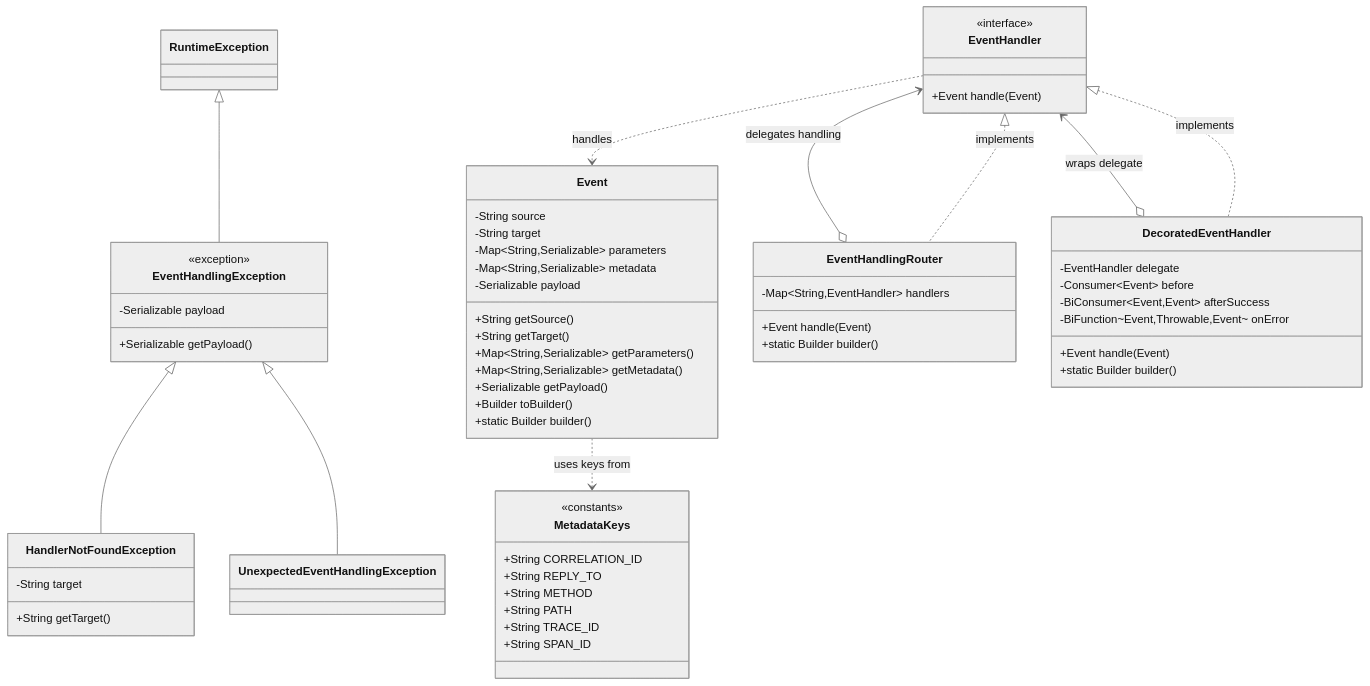
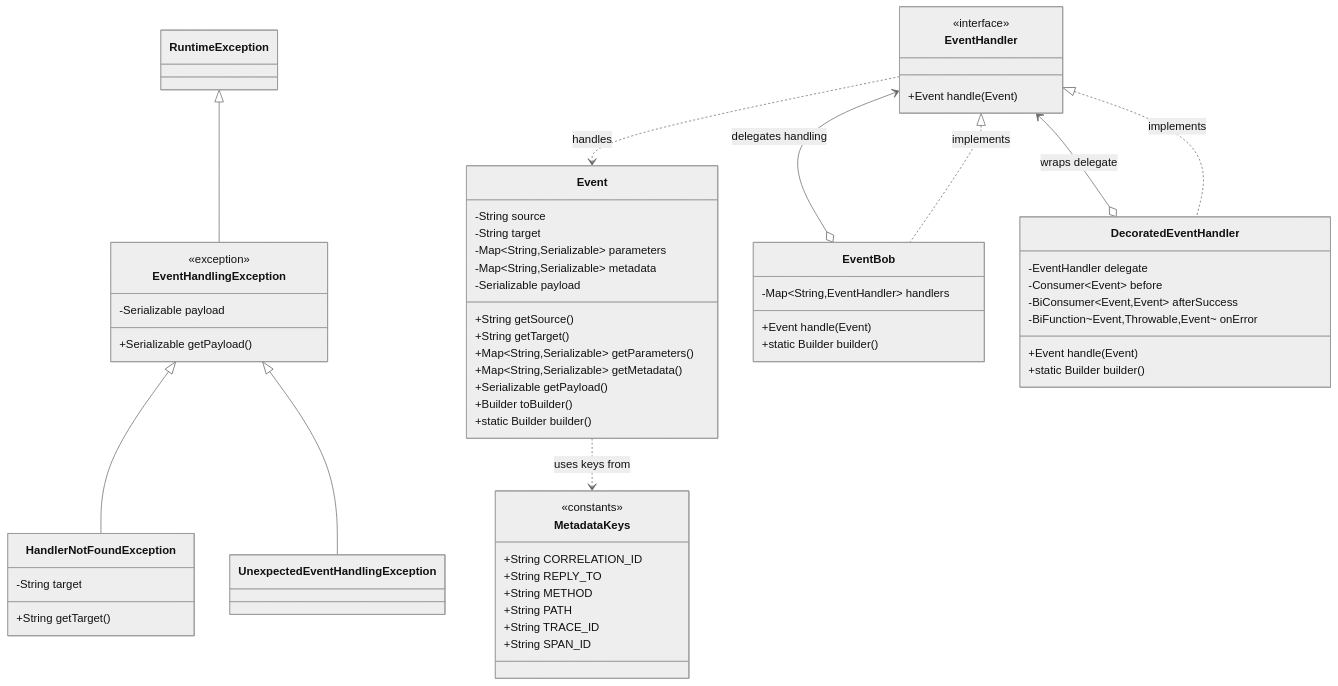
Before and after one commit to dinoo333/EventBob: the diagram in diagrams/EventHandlerClassDiagram.mermaid, drawn with Mermaid (neutral theme). The commit also changed 39 other files, not shown here.

```diff
--- a/diagrams/EventHandlerClassDiagram.mermaid
+++ b/diagrams/EventHandlerClassDiagram.mermaid
@@ -1,71 +1,71 @@
 classDiagram
     direction TB
 
     class Event {
         -String source
         -String target
         -Map~String,Serializable~ parameters
         -Map~String,Serializable~ metadata
         -Serializable payload
         +String getSource()
         +String getTarget()
         +Map~String,Serializable~ getParameters()
         +Map~String,Serializable~ getMetadata()
         +Serializable getPayload()
         +Builder toBuilder()
         +static Builder builder()
     }
 
     class EventHandler {
         <<interface>>
         +Event handle(Event)
     }
 
     class EventHandlingException {
         <<exception>>
         -Serializable payload
         +Serializable getPayload()
     }
 
     class HandlerNotFoundException {
         -String target
         +String getTarget()
     }
 
     class UnexpectedEventHandlingException {
     }
 
-    class EventHandlingRouter {
+    class EventBob {
         -Map~String,EventHandler~ handlers
         +Event handle(Event)
         +static Builder builder()
     }
 
     class DecoratedEventHandler {
         -EventHandler delegate
         -Consumer~Event~ before
         -BiConsumer~Event,Event~ afterSuccess
         -BiFunction~Event,Throwable,Event~ onError
         +Event handle(Event)
         +static Builder builder()
     }
 
     class MetadataKeys {
         <<constants>>
         +String CORRELATION_ID
         +String REPLY_TO
         +String METHOD
         +String PATH
         +String TRACE_ID
         +String SPAN_ID
     }
 
     EventHandler ..> Event: handles
     RuntimeException <|-- EventHandlingException
     EventHandlingException <|-- HandlerNotFoundException
     EventHandlingException <|-- UnexpectedEventHandlingException
-    EventHandler <|.. EventHandlingRouter: implements
+    EventHandler <|.. EventBob: implements
     EventHandler <|.. DecoratedEventHandler: implements
-    EventHandlingRouter o--> EventHandler: delegates handling
+    EventBob o--> EventHandler: delegates handling
     DecoratedEventHandler o--> EventHandler: wraps delegate
     Event ..> MetadataKeys: uses keys from
```
